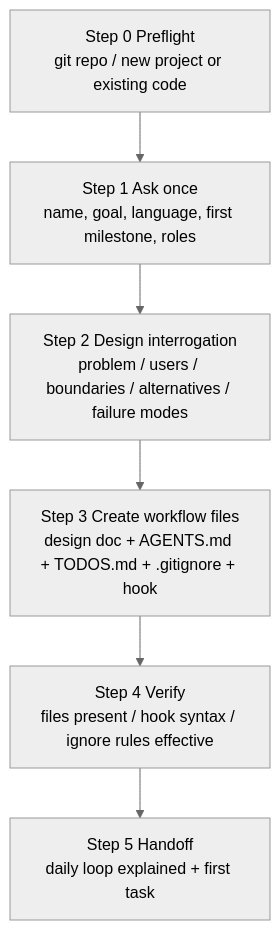
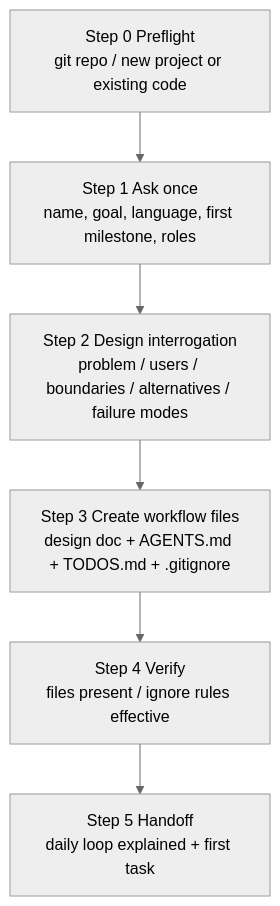
The diagram in skills/project-bootstrap/SKILL.md (taosher/skills), drawn with Mermaid (neutral theme) before and after one commit. The commit also changed other lines of this file and 6 other files, not shown here.

````diff
--- a/skills/project-bootstrap/SKILL.md
+++ b/skills/project-bootstrap/SKILL.md
@@ -30,8 +27,8 @@
 ```mermaid
 flowchart TD
     S0["Step 0 Preflight<br/>git repo / new project or existing code"] --> S1["Step 1 Ask once<br/>name, goal, language, first milestone, roles"]
     S1 --> S2["Step 2 Design interrogation<br/>problem / users / boundaries / alternatives / failure modes"]
-    S2 --> S3["Step 3 Create workflow files<br/>design doc + AGENTS.md + TODOS.md + .gitignore + hook"]
-    S3 --> S4["Step 4 Verify<br/>files present / hook syntax / ignore rules effective"]
+    S2 --> S3["Step 3 Create workflow files<br/>design doc + AGENTS.md + TODOS.md + .gitignore"]
+    S3 --> S4["Step 4 Verify<br/>files present / ignore rules effective"]
     S4 --> S5["Step 5 Handoff<br/>daily loop explained + first task"]
 ```
````
